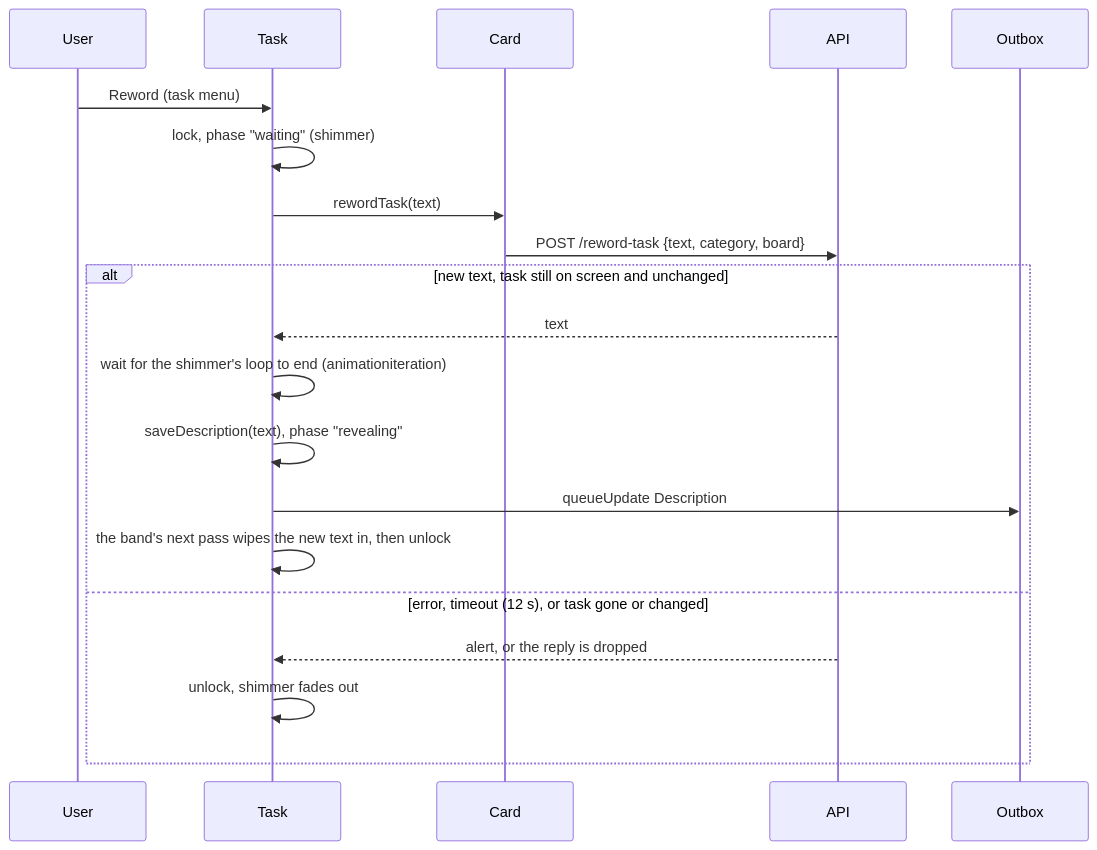
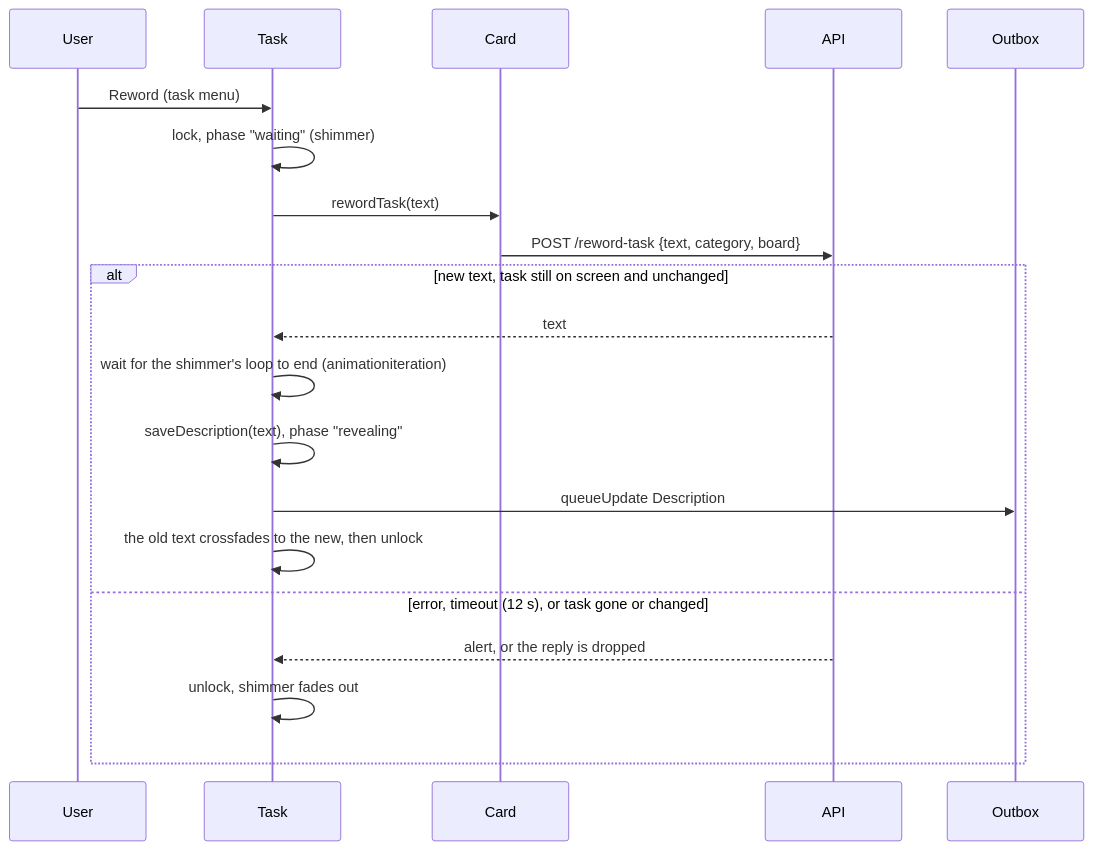
Before and after one commit to TomBenjaminMorris/listpal-frontend: the eighth of 11 diagrams in ARCHITECTURE.md, drawn with Mermaid. The commit also changed other lines of this file and 2 other files, not shown here.

First line of the commit message:
Crossfade the reword's new text in instead of wiping it

````diff
--- a/ARCHITECTURE.md
+++ b/ARCHITECTURE.md
@@ -351,23 +351,23 @@
 ```mermaid
 sequenceDiagram
     participant U as User
     participant T as Task
     participant C as Card
     participant A as API
     participant O as Outbox
 
     U->>T: Reword (task menu)
     T->>T: lock, phase "waiting" (shimmer)
     T->>C: rewordTask(text)
     C->>A: POST /reword-task {text, category, board}
     alt new text, task still on screen and unchanged
         A-->>T: text
         T->>T: wait for the shimmer's loop to end (animationiteration)
         T->>T: saveDescription(text), phase "revealing"
         T->>O: queueUpdate Description
-        T->>T: the band's next pass wipes the new text in, then unlock
+        T->>T: the old text crossfades to the new, then unlock
     else error, timeout (12 s), or task gone or changed
         A-->>T: alert, or the reply is dropped
         T->>T: unlock, shimmer fades out
     end
 ```
````
